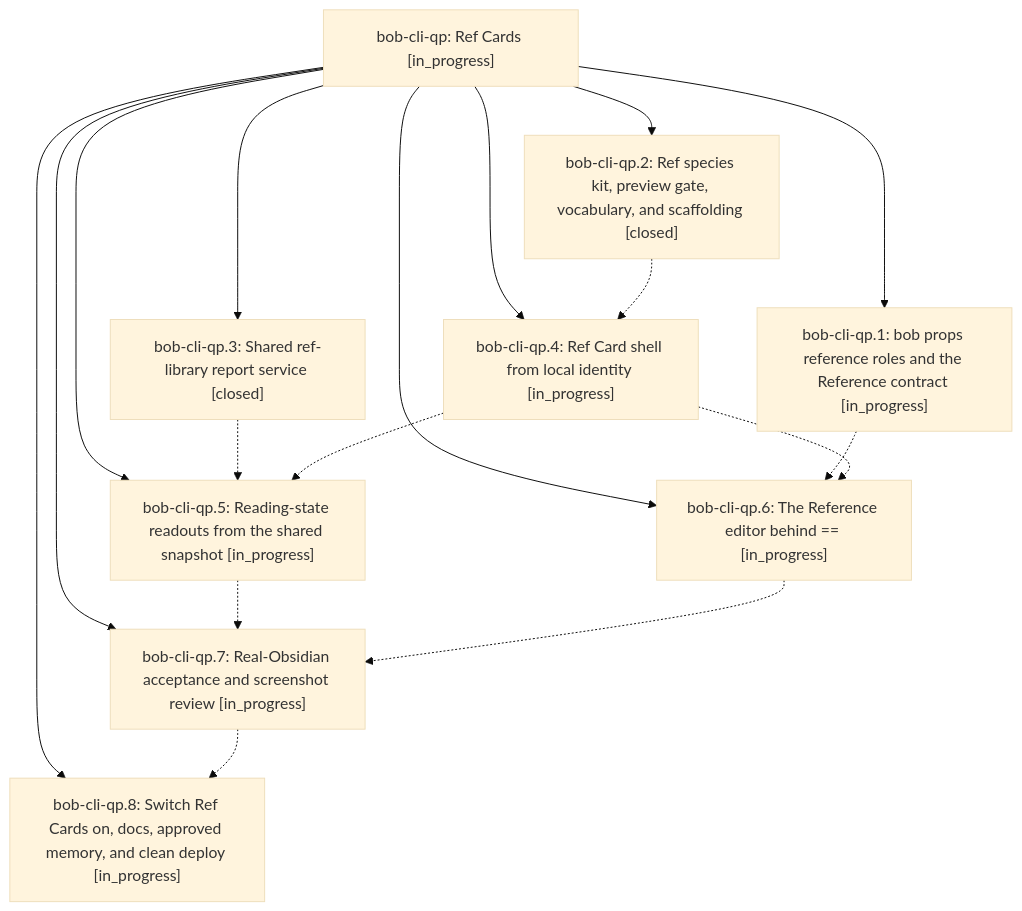
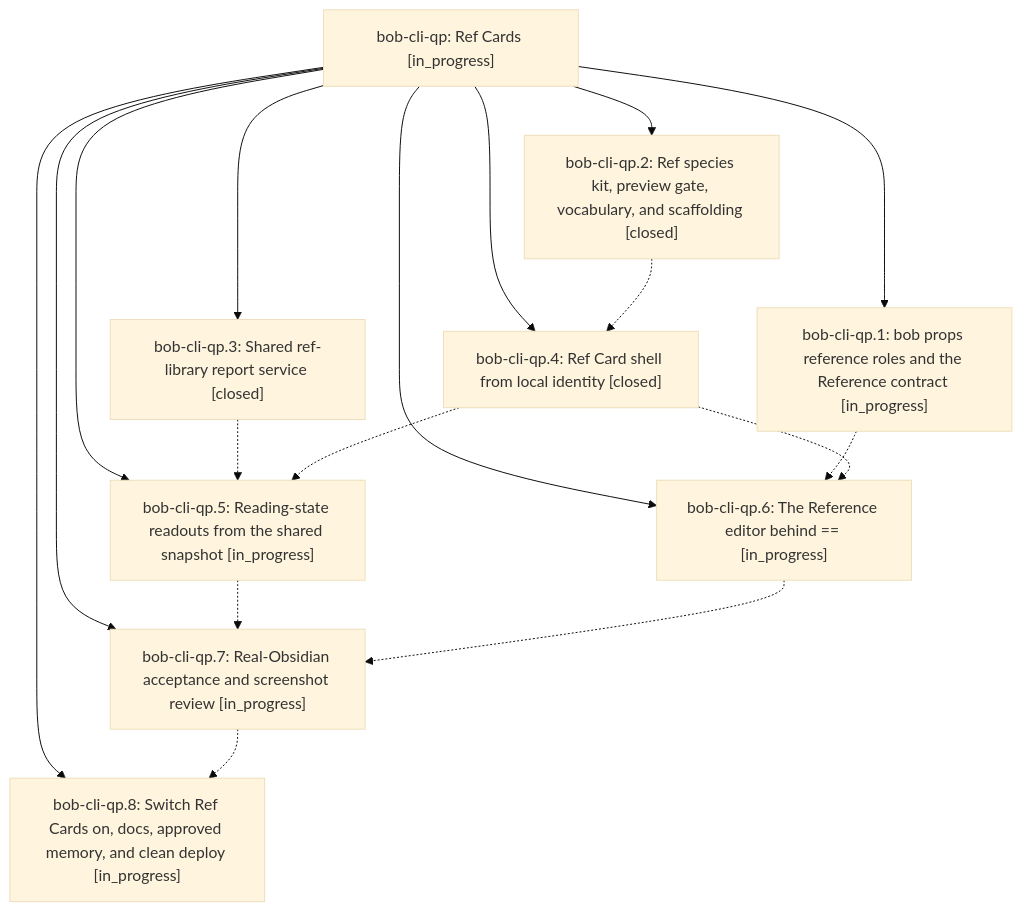
Before and after one commit to bobs-org/bob-cli--beads: the diagram in pages/bob-cli-qp/README.md, drawn with Mermaid (base theme). The commit also changed other lines of this file and 5 other files, not shown here.

First line of the commit message:
chore(beads): sync bead state and pages for bob-cli-qp

````diff
--- a/pages/bob-cli-qp/README.md
+++ b/pages/bob-cli-qp/README.md
@@ -43,28 +43,28 @@
 ```mermaid
 flowchart TD
     n0["bob-cli-qp: Ref Cards [in_progress]"]
     n1["bob-cli-qp.1: bob props reference roles and the Reference contract [in_progress]"]
     n2["bob-cli-qp.2: Ref species kit, preview gate, vocabulary, and scaffolding [closed]"]
     n3["bob-cli-qp.3: Shared ref-library report service [closed]"]
-    n4["bob-cli-qp.4: Ref Card shell from local identity [in_progress]"]
+    n4["bob-cli-qp.4: Ref Card shell from local identity [closed]"]
     n5["bob-cli-qp.5: Reading-state readouts from the shared snapshot [in_progress]"]
     n6["bob-cli-qp.6: The Reference editor behind == [in_progress]"]
     n7["bob-cli-qp.7: Real-Obsidian acceptance and screenshot review [in_progress]"]
     n8["bob-cli-qp.8: Switch Ref Cards on, docs, approved memory, and clean deploy [in_progress]"]
     n0 --> n1
     n0 --> n2
     n0 --> n3
     n0 --> n4
     n0 --> n5
     n0 --> n6
     n0 --> n7
     n0 --> n8
     n1 -.-> n6
     n2 -.-> n4
     n3 -.-> n5
     n4 -.-> n5
     n4 -.-> n6
     n5 -.-> n7
     n6 -.-> n7
     n7 -.-> n8
 ```
````
